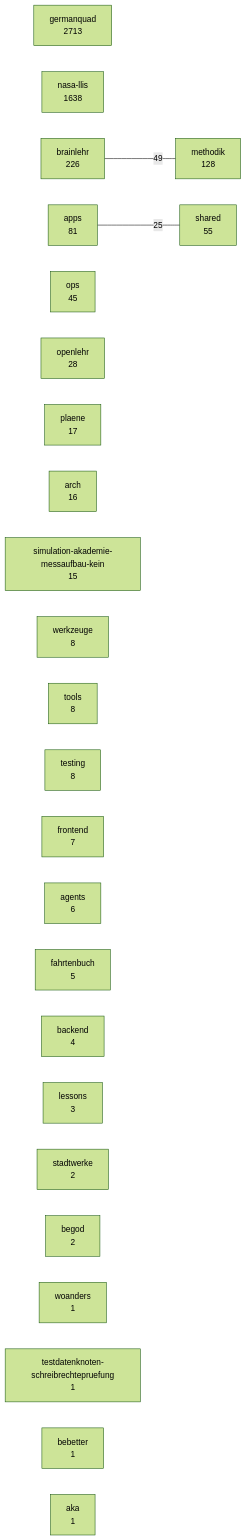
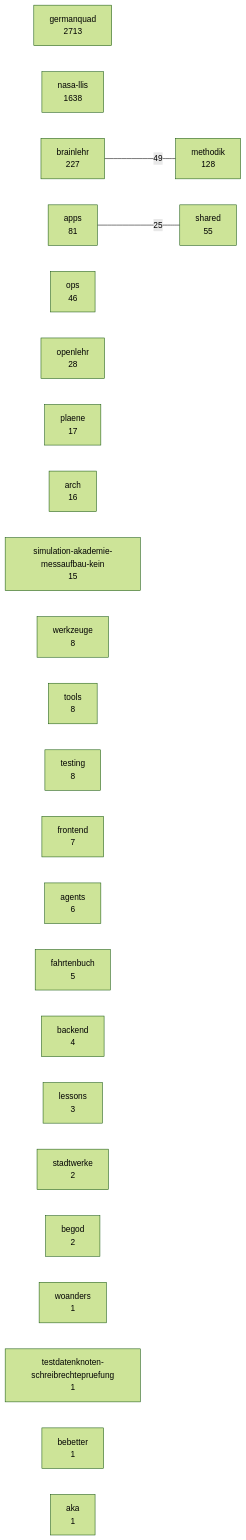
One commit to 3lehr/brainlehr changed the diagram in docs/karten/bestand.md. Above: the diagram before and after it, drawn with Mermaid (forest theme). The commit also changed 3 other files, not shown here.

````diff
--- a/docs/karten/bestand.md
+++ b/docs/karten/bestand.md
@@ -5,30 +5,30 @@
 ```mermaid
 graph LR
   germanquad["germanquad<br/>2713"]
   nasa_llis["nasa-llis<br/>1638"]
-  brainlehr["brainlehr<br/>226"]
+  brainlehr["brainlehr<br/>227"]
   methodik["methodik<br/>128"]
   apps["apps<br/>81"]
   shared["shared<br/>55"]
-  ops["ops<br/>45"]
+  ops["ops<br/>46"]
   openlehr["openlehr<br/>28"]
   plaene["plaene<br/>17"]
   arch["arch<br/>16"]
   simulation_akademie_messaufbau_kein["simulation-akademie-messaufbau-kein<br/>15"]
   werkzeuge["werkzeuge<br/>8"]
   tools["tools<br/>8"]
   testing["testing<br/>8"]
   frontend["frontend<br/>7"]
   agents["agents<br/>6"]
   fahrtenbuch["fahrtenbuch<br/>5"]
   backend["backend<br/>4"]
   lessons["lessons<br/>3"]
   stadtwerke["stadtwerke<br/>2"]
   begod["begod<br/>2"]
   woanders["woanders<br/>1"]
   testdatenknoten_schreibrechtepruefung["testdatenknoten-schreibrechtepruefung<br/>1"]
   bebetter["bebetter<br/>1"]
   aka["aka<br/>1"]
   brainlehr ---|49| methodik
   apps ---|25| shared
 ```
````
